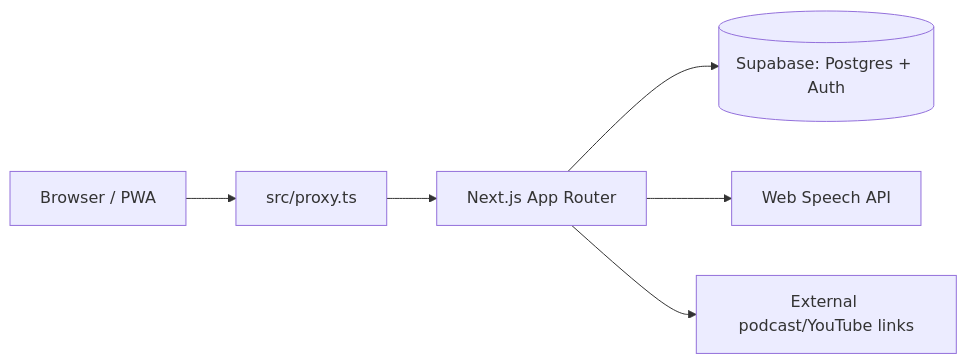
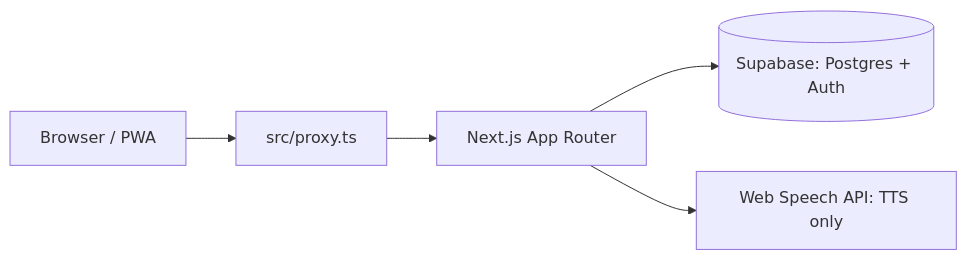
The diagram in docs/PROJECT_MAP.md (damitrok/english_learning), drawn with Mermaid before and after one commit. The commit also changed other lines of this file and 4 other files, not shown here.

````diff
--- a/docs/PROJECT_MAP.md
+++ b/docs/PROJECT_MAP.md
@@ -9,8 +9,7 @@
 ```mermaid
 flowchart LR
   Browser[Browser / PWA] --> Proxy[src/proxy.ts]
   Proxy --> App[Next.js App Router]
   App --> Supabase[(Supabase: Postgres + Auth)]
-  App --> Speech[Web Speech API]
-  App --> Listening[External podcast/YouTube links]
+  App --> Speech[Web Speech API: TTS only]
 ```
````
